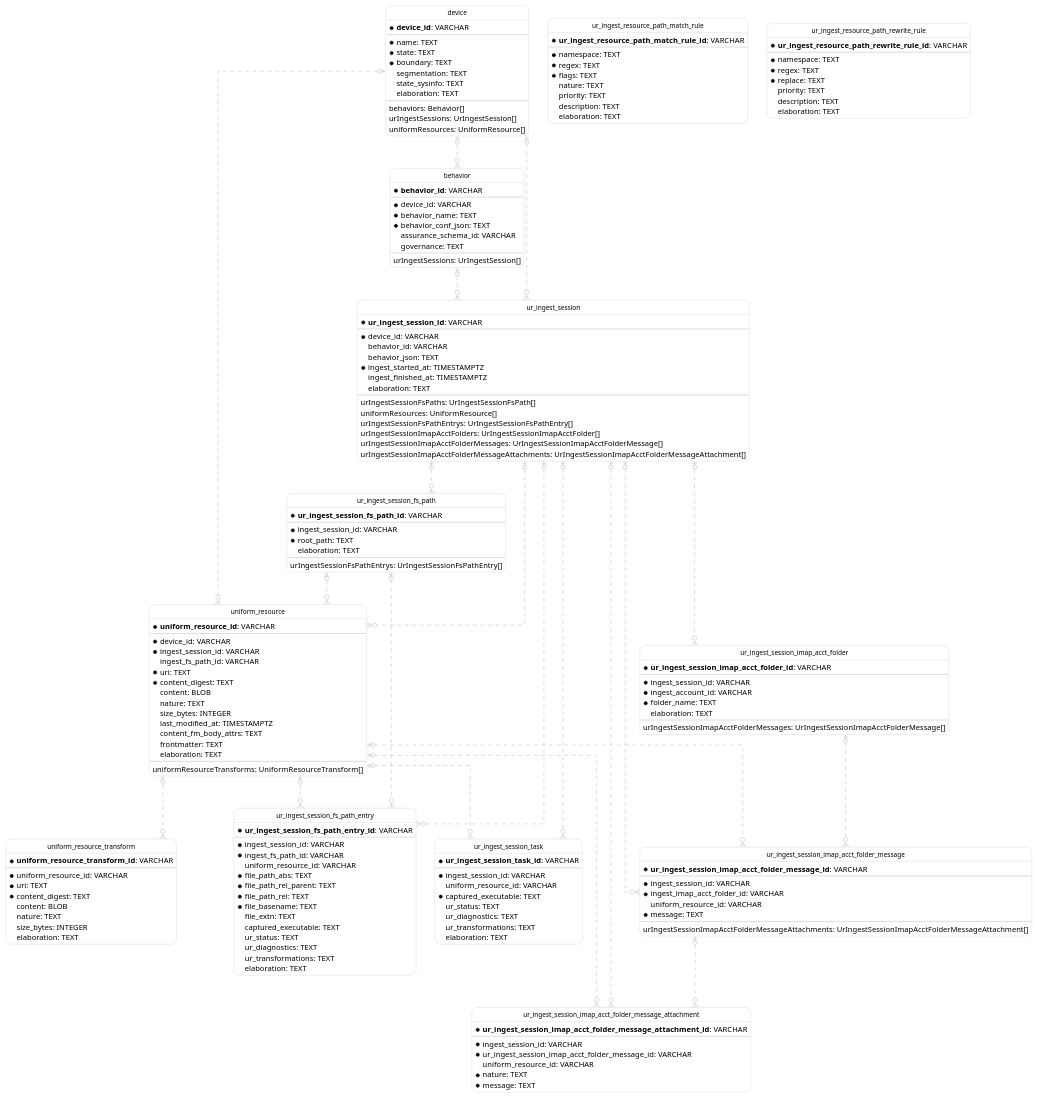
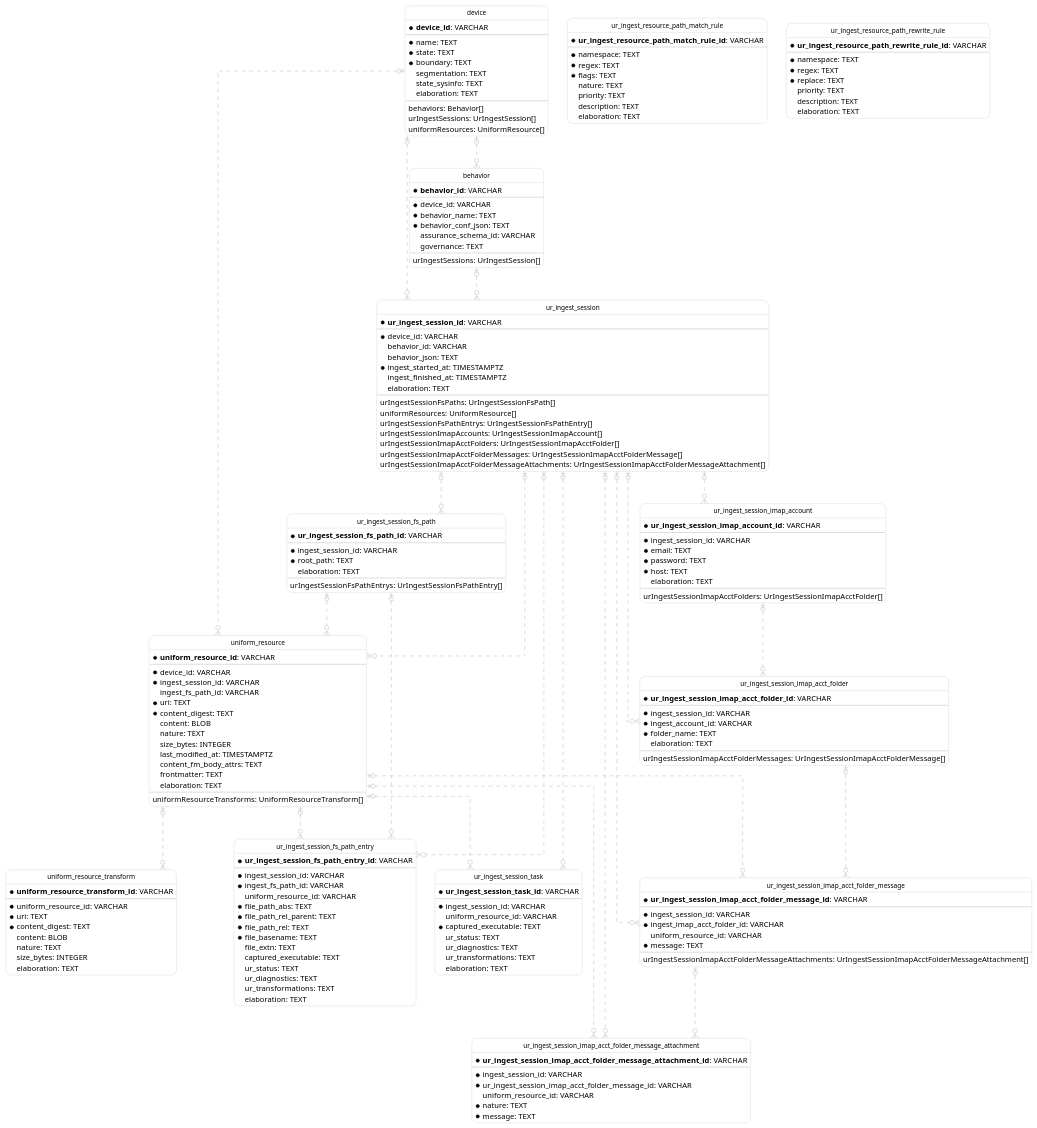
The diagram in support/docs/surveilr-state.auto.puml (opsfolio/resource-surveillance), drawn with PlantUML before and after one commit. The commit also changed 7 other files, not shown here.

```diff
--- a/support/docs/surveilr-state.auto.puml
+++ b/support/docs/surveilr-state.auto.puml
@@ -73,6 +73,7 @@
     urIngestSessionFsPaths: UrIngestSessionFsPath[]
     uniformResources: UniformResource[]
     urIngestSessionFsPathEntrys: UrIngestSessionFsPathEntry[]
+    urIngestSessionImapAccounts: UrIngestSessionImapAccount[]
     urIngestSessionImapAcctFolders: UrIngestSessionImapAcctFolder[]
     urIngestSessionImapAcctFolderMessages: UrIngestSessionImapAcctFolderMessage[]
     urIngestSessionImapAcctFolderMessageAttachments: UrIngestSessionImapAcctFolderMessageAttachment[]
@@ -149,6 +150,18 @@
       elaboration: TEXT
   }
 
+  entity "ur_ingest_session_imap_account" as ur_ingest_session_imap_account {
+    * **ur_ingest_session_imap_account_id**: VARCHAR
+    --
+    * ingest_session_id: VARCHAR
+    * email: TEXT
+    * password: TEXT
+    * host: TEXT
+      elaboration: TEXT
+    --
+    urIngestSessionImapAcctFolders: UrIngestSessionImapAcctFolder[]
+  }
+
   entity "ur_ingest_session_imap_acct_folder" as ur_ingest_session_imap_acct_folder {
     * **ur_ingest_session_imap_acct_folder_id**: VARCHAR
     --
@@ -194,7 +207,9 @@
   uniform_resource |o..o{ ur_ingest_session_fs_path_entry
   ur_ingest_session |o..o{ ur_ingest_session_task
   uniform_resource |o..o{ ur_ingest_session_task
+  ur_ingest_session |o..o{ ur_ingest_session_imap_account
   ur_ingest_session |o..o{ ur_ingest_session_imap_acct_folder
+  ur_ingest_session_imap_account |o..o{ ur_ingest_session_imap_acct_folder
   ur_ingest_session |o..o{ ur_ingest_session_imap_acct_folder_message
   ur_ingest_session_imap_acct_folder |o..o{ ur_ingest_session_imap_acct_folder_message
   uniform_resource |o..o{ ur_ingest_session_imap_acct_folder_message
```
